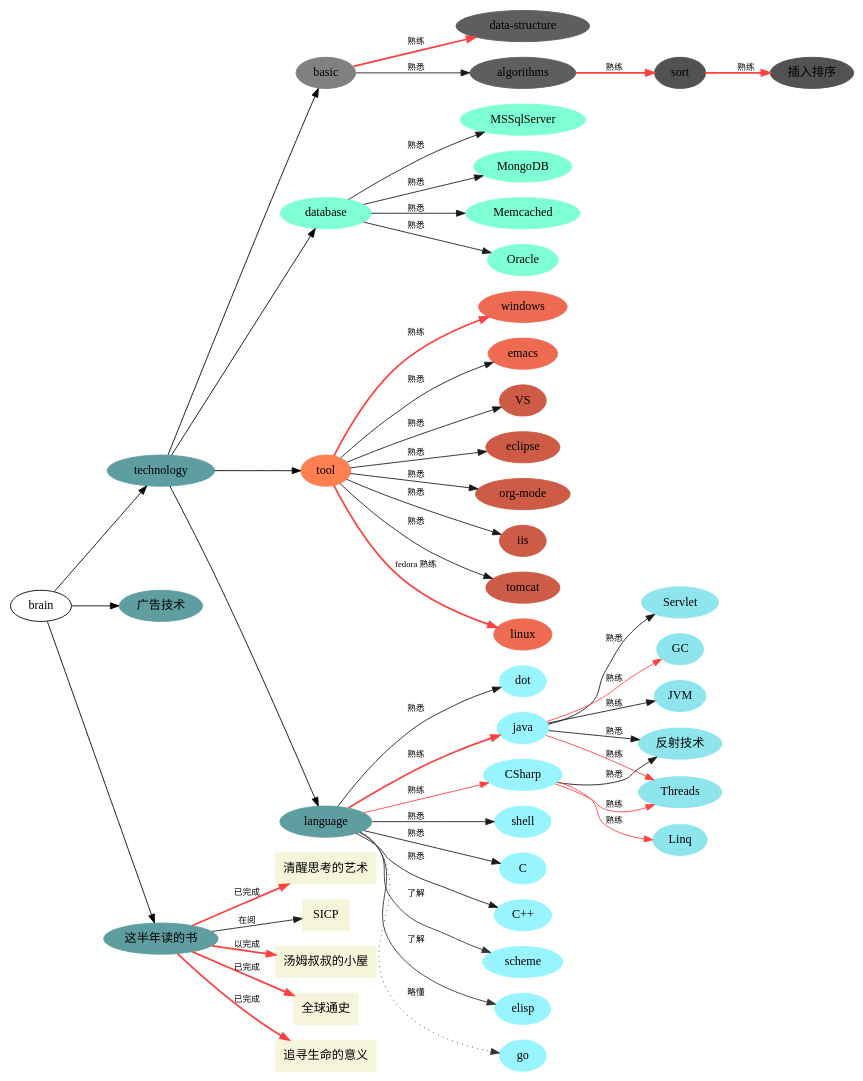
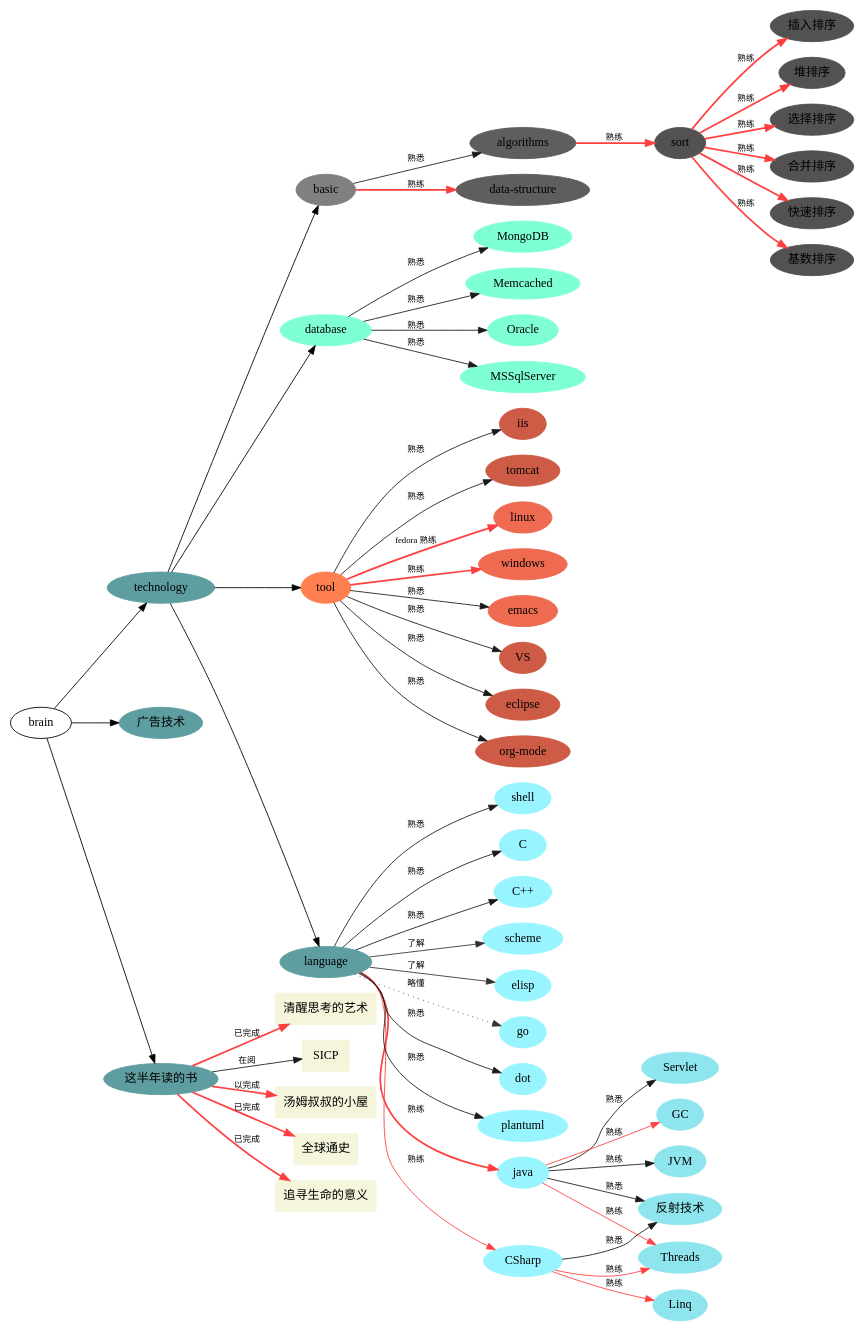
Before and after one commit to billnote/billnote.github.io: the diagram in sources/knowledge.org, drawn with Graphviz. The commit also changed other lines of this file and 22 other files, not shown here.

```diff
--- a/sources/knowledge.org
+++ b/sources/knowledge.org
@@ -52,6 +53,7 @@
   elisp[color=cadetblue1,style=filled]
   go[color=cadetblue1,style=filled]
   dot[color=cadetblue1,style=filled,URL="../../study_dot.html",target="_blank"]
+  plantuml[color=cadetblue1,style=filled,URL="../../study_plantuml.html",target="_blank"]
 
   language->java[color=brown1,style=bold,label="熟练",fontsize=10]
   language->CSharp[color=brown1,stytle=bold,label="熟练",fontsize=10]
@@ -62,18 +64,27 @@
   language->elisp[color=grey20,label="了解",fontsize=10]
   language->go[color=grey20,style=dotted,label="略懂",fontsize=10]
   language->dot[color=grey10,label="熟悉",fontsize=10]
+  language->plantuml[color=grey10,label="熟悉",fontsize=10]
 
   algorithms[color=gray37,style=filled]
   "data-structure"[color=gray37,style=filled]
 
   sort[color=gray32,style=filled]
   插入排序[color=gray32,style=filled,URL="../../algorithms/sort_InsertionSort.html",target="_blank"]
+  堆排序[color=gray32,style=filled,URL="../../algorithms/sort_HeapSort.html",target="_blank"]
+  选择排序[color=gray32,style=filled,URL="../../algorithms/sort_SelectionSort.html",target="_blank"]
+  合并排序[color=gray32,style=filled,URL="../../algorithms/sort_MergeSort.html",target="_blank"]
+  快速排序[color=gray32,style=filled,URL="../../algorithms/sort_QuickSort.html",target="_blank"]
+  基数排序[color=gray32,style=filled,URL="../../algorithms/sort_RadixSort.html",target="_blank"]
 
   sort->插入排序[color=brown1,style=bold,label="熟练",fontsize=10]
+  sort->堆排序[color=brown1,style=bold,label="熟练",fontsize=10]
+  sort->选择排序[color=brown1,style=bold,label="熟练",fontsize=10]
+  sort->合并排序[color=brown1,style=bold,label="熟练",fontsize=10]
+  sort->快速排序[color=brown1,style=bold,label="熟练",fontsize=10]
+  sort->基数排序[color=brown1,style=bold,label="熟练",fontsize=10]
 
   algorithms->sort[color=brown1,style=bold,label="熟练",fontsize=10]
-
-
 
   basic->algorithms[color=grey10,label="熟悉",fontsize=10]
   basic->"data-structure"[color=brown1,style=bold,label="熟练",fontsize=10]
```
